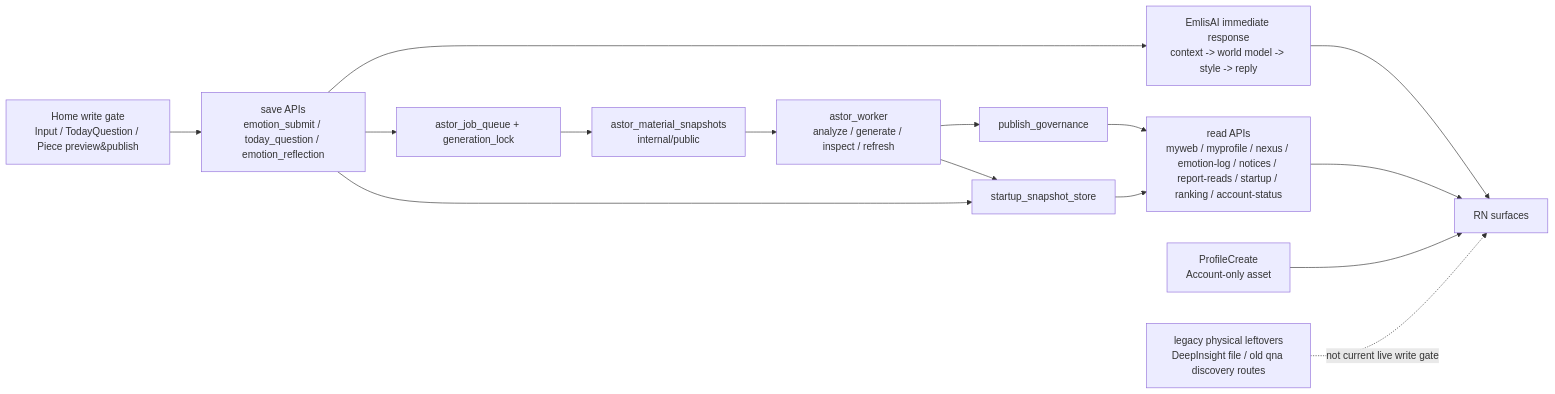
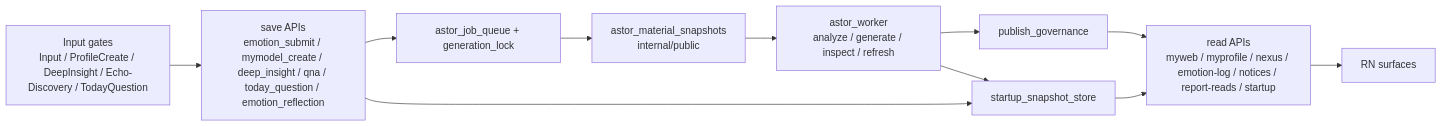
One commit to MassyuRed/Cocolon changed the first of 2 diagrams in Cocolon_前提資料/02_Cocolon_国家システム資料.md. Above: the diagram before and after it, drawn with Mermaid. The commit also changed other lines of this file and 21 other files, not shown here.

````diff
--- a/Cocolon_前提資料/02_Cocolon_国家システム資料.md
+++ b/Cocolon_前提資料/02_Cocolon_国家システム資料.md
@@ -22,24 +24,17 @@
 ```mermaid
 flowchart LR
-  Home[Home write gate\nInput / TodayQuestion / Piece preview&publish]
-  Save[save APIs\nemotion_submit / today_question / emotion_reflection]
-  Emlis[EmlisAI immediate response\ncontext -> world model -> style -> reply]
+  Gates[Input gates\nInput / ProfileCreate / DeepInsight / Echo-Discovery / TodayQuestion]
+  Save[save APIs\nemotion_submit / mymodel_create / deep_insight / qna / today_question / emotion_reflection]
   Queue[astor_job_queue + generation_lock]
   Snapshot[astor_material_snapshots\ninternal/public]
   Worker[astor_worker\nanalyze / generate / inspect / refresh]
   Gov[publish_governance]
   Startup[startup_snapshot_store]
-  Read[read APIs\nmyweb / myprofile / nexus / emotion-log / notices / report-reads / startup / ranking / account-status]
+  Read[read APIs\nmyweb / myprofile / nexus / emotion-log / notices / report-reads / startup]
   RN[RN surfaces]
-  AccountAsset[ProfileCreate\nAccount-only asset]
-  Legacy[legacy physical leftovers\nDeepInsight file / old qna discovery routes]
 
-  Home --> Save
-  Save --> Emlis --> RN
-  Save --> Queue --> Snapshot --> Worker --> Gov --> Read --> RN
+  Gates --> Save --> Queue --> Snapshot --> Worker --> Gov --> Read --> RN
   Save --> Startup
   Worker --> Startup
   Startup --> Read
-  AccountAsset --> RN
-  Legacy -. not current live write gate .-> RN
 ```
````
